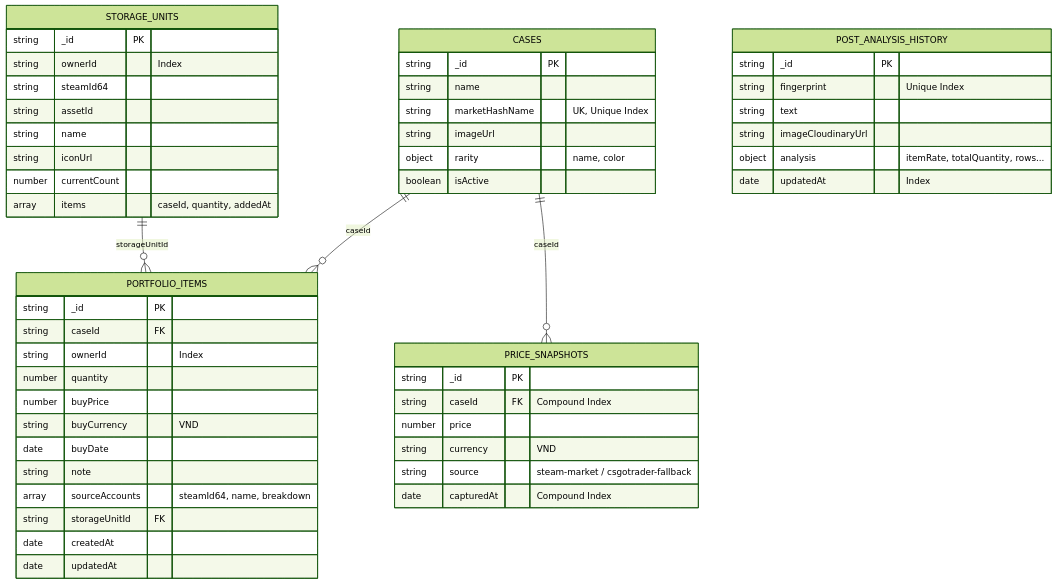
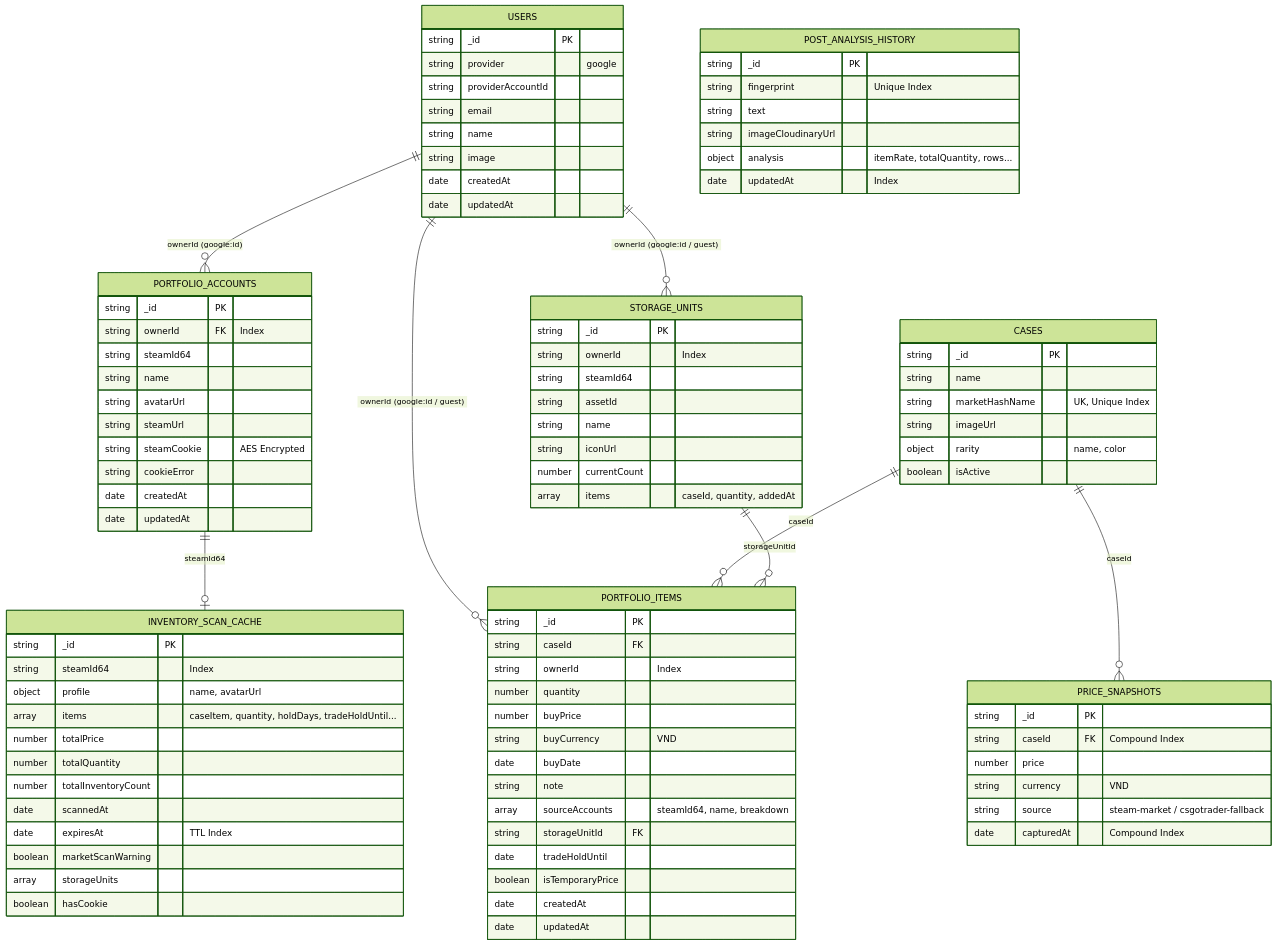
Before and after one commit to fumodayo/cs2-tracking: the second of 3 diagrams in docs/ARCHITECTURE.md, drawn with Mermaid (forest theme). The commit also changed other lines of this file and 1 other file, not shown here.

Commit message:
docs: update README and ARCHITECTURE with current database schemas and features

````diff
--- a/docs/ARCHITECTURE.md
+++ b/docs/ARCHITECTURE.md
@@ -45,9 +46,52 @@
 ```mermaid
 erDiagram
+    USERS ||--o{ PORTFOLIO_ACCOUNTS : "ownerId (google:id)"
+    USERS ||--o{ PORTFOLIO_ITEMS : "ownerId (google:id / guest)"
+    USERS ||--o{ STORAGE_UNITS : "ownerId (google:id / guest)"
     CASES ||--o{ PORTFOLIO_ITEMS : "caseId"
     CASES ||--o{ PRICE_SNAPSHOTS : "caseId"
     STORAGE_UNITS ||--o{ PORTFOLIO_ITEMS : "storageUnitId"
+    PORTFOLIO_ACCOUNTS ||--o| INVENTORY_SCAN_CACHE : "steamId64"
     
+    USERS {
+        string _id PK
+        string provider "google"
+        string providerAccountId
+        string email
+        string name
+        string image
+        date createdAt
+        date updatedAt
+    }
+
+    PORTFOLIO_ACCOUNTS {
+        string _id PK
+        string ownerId FK "Index"
+        string steamId64
+        string name
+        string avatarUrl
+        string steamUrl
+        string steamCookie "AES Encrypted"
+        string cookieError
+        date createdAt
+        date updatedAt
+    }
+
+    INVENTORY_SCAN_CACHE {
+        string _id PK
+        string steamId64 "Index"
+        object profile "name, avatarUrl"
+        array items "caseItem, quantity, holdDays, tradeHoldUntil..."
+        number totalPrice
+        number totalQuantity
+        number totalInventoryCount
+        date scannedAt
+        date expiresAt "TTL Index"
+        boolean marketScanWarning
+        array storageUnits
+        boolean hasCookie
+    }
+
     CASES {
         string _id PK
         string name
@@ -68,6 +112,8 @@
         string note
         array sourceAccounts "steamId64, name, breakdown"
         string storageUnitId FK
+        date tradeHoldUntil
+        boolean isTemporaryPrice
         date createdAt
         date updatedAt
     }
````
